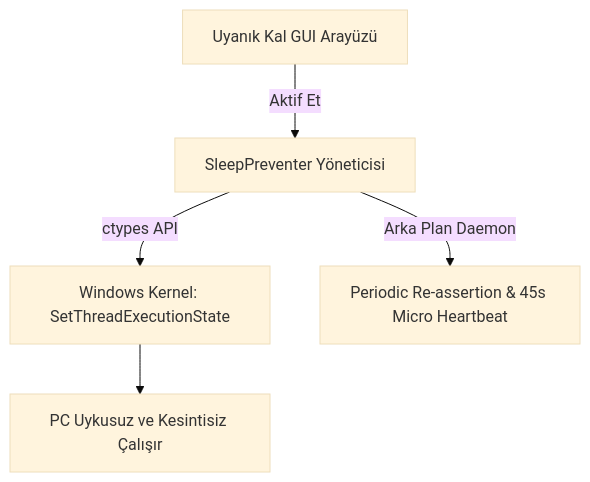
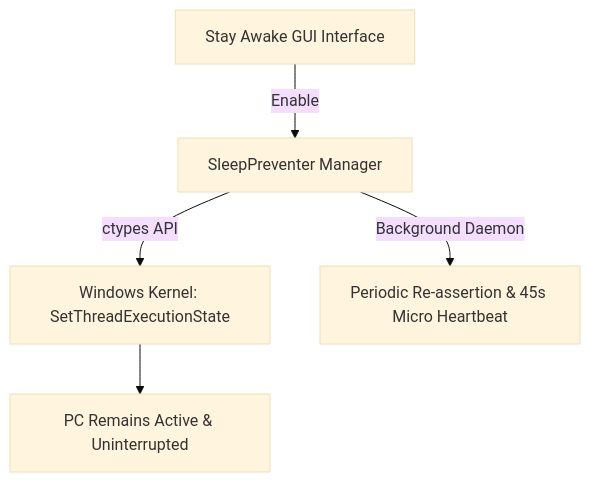
One commit to HajxDeveloper-sys/stayawake-for-windows changed the diagram in README.md. Above: the diagram before and after it, drawn with Mermaid (base theme). The commit also changed other lines of this file, not shown here.

````diff
--- a/README.md
+++ b/README.md
@@ -39,7 +39,7 @@
 ```mermaid
 graph TD
-    A[Uyanık Kal GUI Arayüzü] -->|Aktif Et| B[SleepPreventer Yöneticisi]
+    A[Stay Awake GUI Interface] -->|Enable| B[SleepPreventer Manager]
     B -->|ctypes API| C[Windows Kernel: SetThreadExecutionState]
-    B -->|Arka Plan Daemon| D[Periodic Re-assertion & 45s Micro Heartbeat]
-    C --> E[PC Uykusuz ve Kesintisiz Çalışır]
+    B -->|Background Daemon| D[Periodic Re-assertion & 45s Micro Heartbeat]
+    C --> E[PC Remains Active & Uninterrupted]
 ```
````
